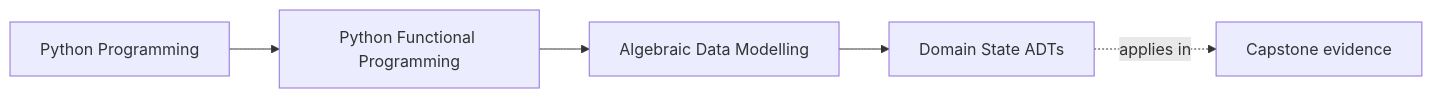
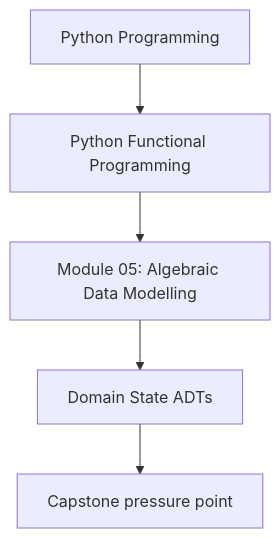
One commit to bijux/bijux-masterclass changed the first of 2 diagrams in programs/python-programming/python-functional-programming/course-book/module-05-algebraic-data-modelling/domain-state-adts.md. Above: the diagram before and after it, drawn with Mermaid. The commit also changed other lines of this file and 118 other files, not shown here.

Commit message:
docs(python-functional-programming): align concept page diagrams

````diff
--- a/programs/python-programming/python-functional-programming/course-book/module-05-algebraic-data-modelling/domain-state-adts.md
+++ b/programs/python-programming/python-functional-programming/course-book/module-05-algebraic-data-modelling/domain-state-adts.md
@@ -7,11 +7,7 @@
 ```mermaid
-graph LR
-  family["Python Programming"]
-  program["Python Functional Programming"]
-  section["Algebraic Data Modelling"]
-  page["Domain State ADTs"]
-  capstone["Capstone evidence"]
-
-  family --> program --> section --> page
-  page -.applies in.-> capstone
+flowchart TD
+  family["Python Programming"] --> program["Python Functional Programming"]
+  program --> module["Module 05: Algebraic Data Modelling"]
+  module --> concept["Domain State ADTs"]
+  concept --> capstone["Capstone pressure point"]
 ```
````
